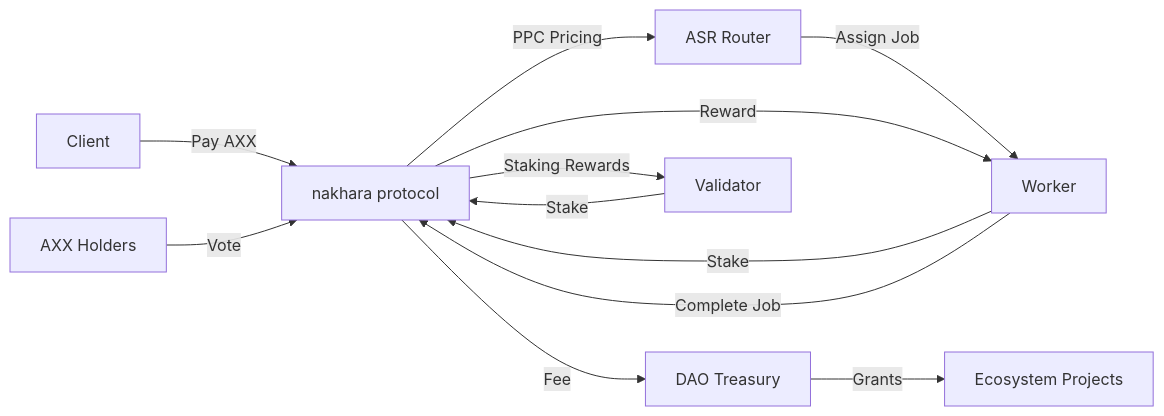
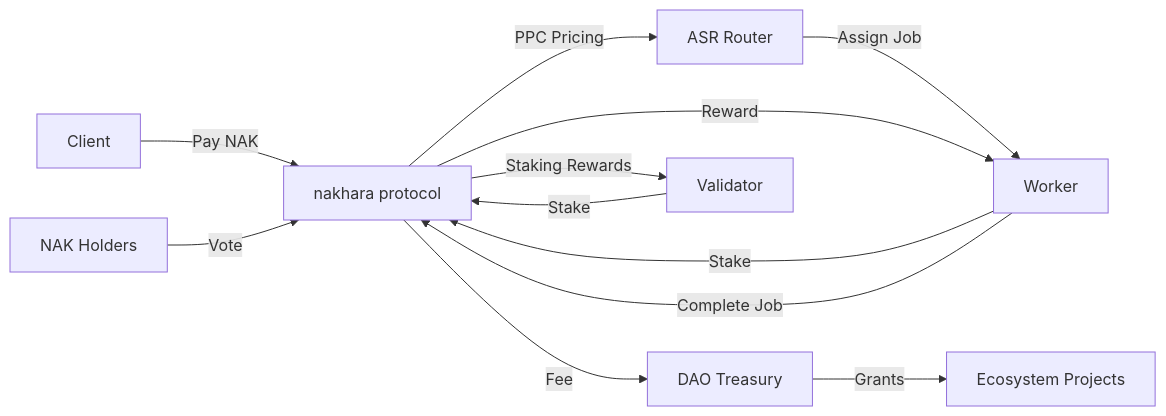
One commit to axionaxprotocol/nakharax changed the diagram in docs/architecture/TOKENOMICS.md. Above: the diagram before and after it, drawn with Mermaid. The commit also changed other lines of this file and 79 other files, not shown here.

First line of the commit message:
refactor(rebrand): rename token symbol AXX -> NAK

````diff
--- a/docs/architecture/TOKENOMICS.md
+++ b/docs/architecture/TOKENOMICS.md
@@ -124,17 +124,17 @@
 ```mermaid
 flowchart LR
-    Client[Client] -->|Pay AXX| Protocol[nakhara protocol]
+    Client[Client] -->|Pay NAK| Protocol[nakhara protocol]
     Protocol -->|PPC Pricing| ASR[ASR Router]
     ASR -->|Assign Job| Worker[Worker]
     Worker -->|Stake| Protocol
     Worker -->|Complete Job| Protocol
     Protocol -->|Reward| Worker
     Protocol -->|Fee| Treasury[DAO Treasury]
 
     Validator[Validator] -->|Stake| Protocol
     Protocol -->|Staking Rewards| Validator
 
     Treasury -->|Grants| Ecosystem[Ecosystem Projects]
 
-    DAO[AXX Holders] -->|Vote| Protocol
+    DAO[NAK Holders] -->|Vote| Protocol
 ```
````
